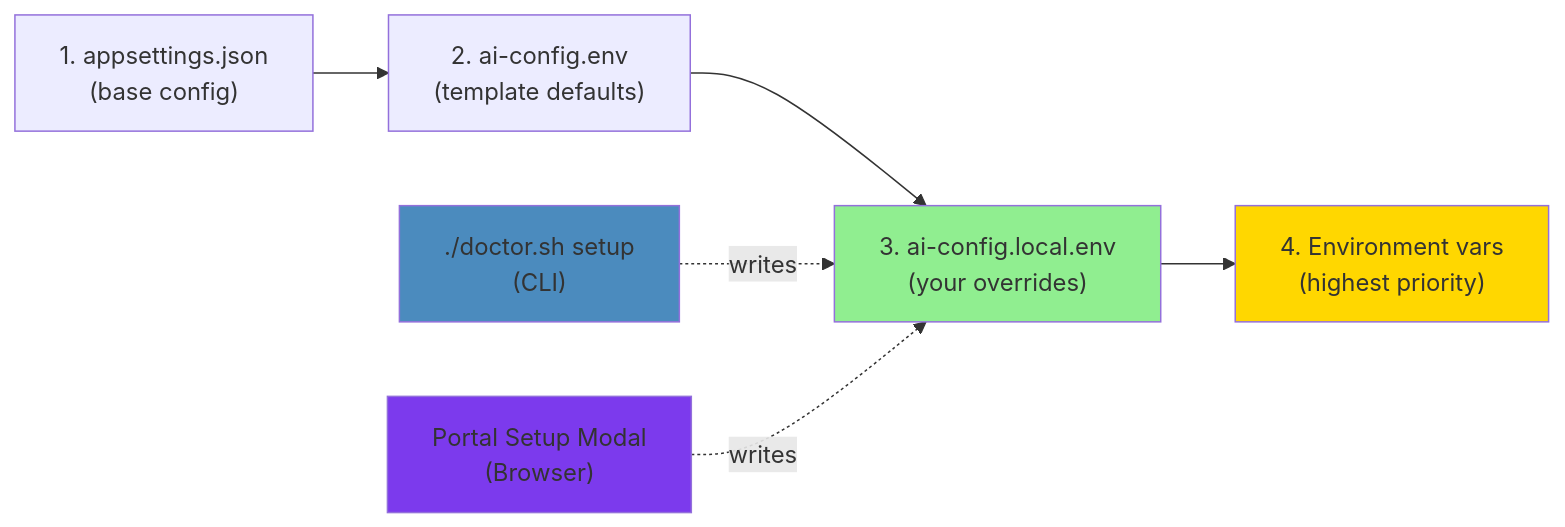
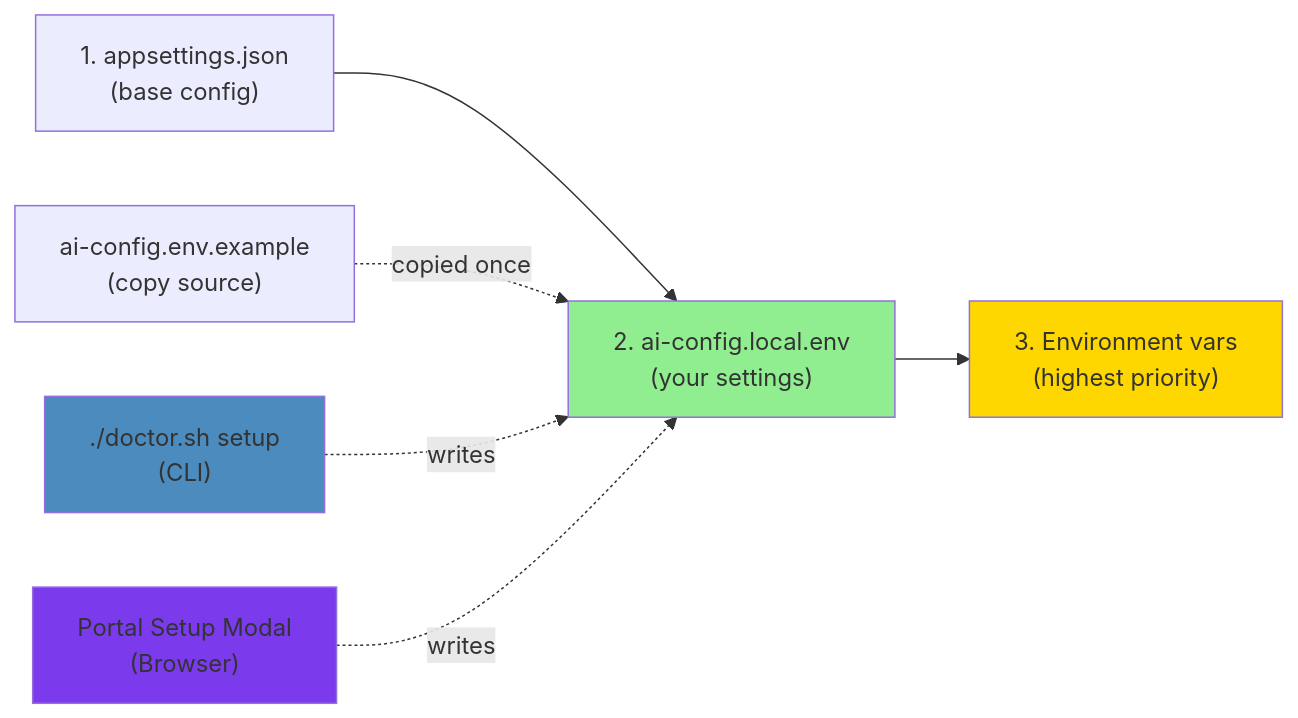
Before and after one commit to Azure-Samples/Legacy-Modernization-Agents: the sixth of 6 diagrams in README.md, drawn with Mermaid. The commit also changed other lines of this file and 10 other files, not shown here.

````diff
--- a/README.md
+++ b/README.md
@@ -993,14 +993,14 @@
 ```mermaid
 flowchart LR
-    A["1. appsettings.json<br/>(base config)"] --> B["2. ai-config.env<br/>(template defaults)"]
-    B --> C["3. ai-config.local.env<br/>(your overrides)"]
-    C --> D["4. Environment vars<br/>(highest priority)"]
-    
+    A["1. appsettings.json<br/>(base config)"] --> C["2. ai-config.local.env<br/>(your settings)"]
+    C --> D["3. Environment vars<br/>(highest priority)"]
+
+    X["ai-config.env.example<br/>(copy source)"] -.->|copied once| C
     E["./doctor.sh setup<br/>(CLI)"] -.->|writes| C
     F["Portal Setup Modal<br/>(Browser)"] -.->|writes| C
-    
+
     style C fill:#90EE90
     style D fill:#FFD700
     style E fill:#4B8BBE
     style F fill:#7C3AED
 ```
````
